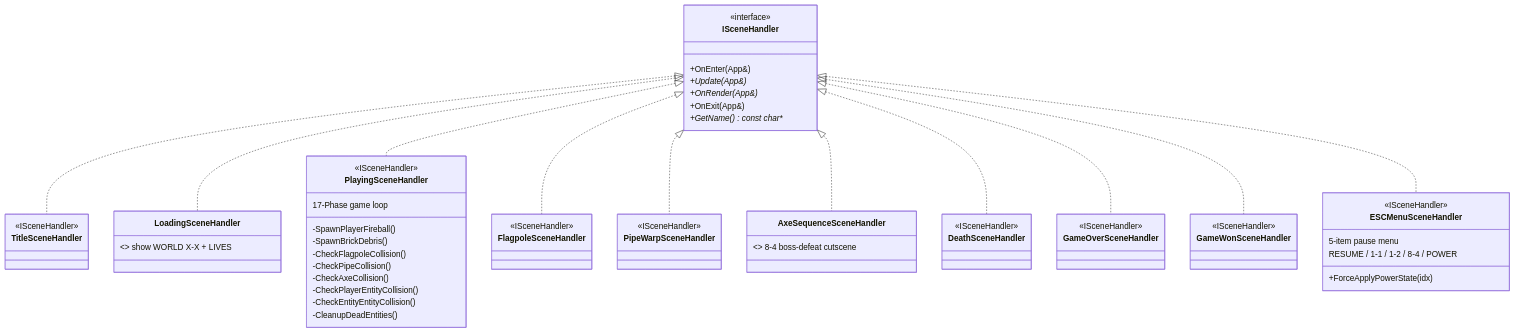
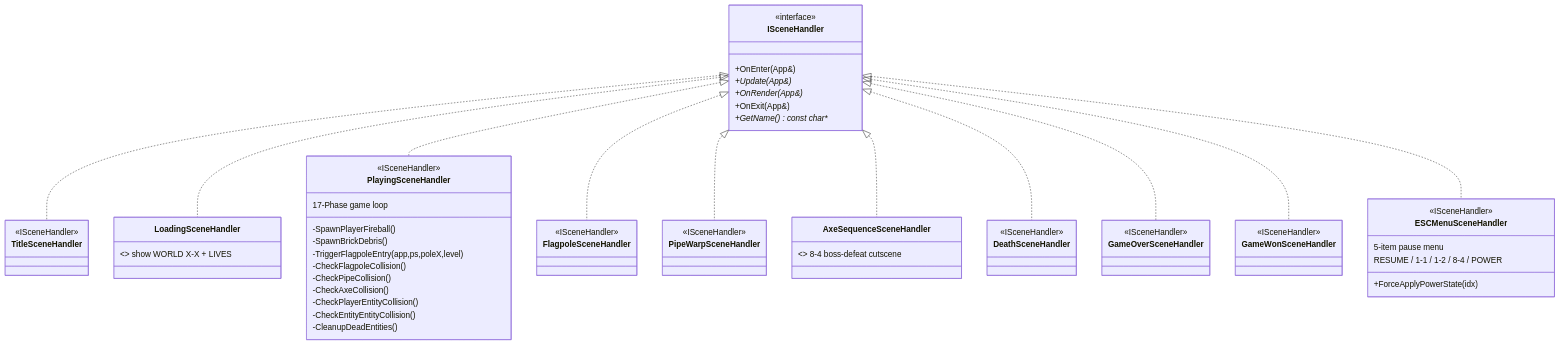
Before and after one commit to Andy87877/NTUT_OOPL_mario: the second of 23 diagrams in Constructure.md, drawn with Mermaid. The commit also changed other lines of this file and 24 other files, not shown here.

````diff
--- a/Constructure.md
+++ b/Constructure.md
@@ -162,51 +196,52 @@
 ```mermaid
 classDiagram
     direction TB
 
     class ISceneHandler {
         <<interface>>
         +OnEnter(App&)
         +Update(App&)*
         +OnRender(App&)*
         +OnExit(App&)
         +GetName() const char**
     }
 
     class TitleSceneHandler     { <<ISceneHandler>> }
     class LoadingSceneHandler   { <<ISceneHandler>> show WORLD X-X + LIVES }
     class PlayingSceneHandler {
         <<ISceneHandler>>
         17-Phase game loop
         -SpawnPlayerFireball()
         -SpawnBrickDebris()
+        -TriggerFlagpoleEntry(app,ps,poleX,level)
         -CheckFlagpoleCollision()
         -CheckPipeCollision()
         -CheckAxeCollision()
         -CheckPlayerEntityCollision()
         -CheckEntityEntityCollision()
         -CleanupDeadEntities()
     }
     class FlagpoleSceneHandler  { <<ISceneHandler>> }
     class PipeWarpSceneHandler  { <<ISceneHandler>> }
     class AxeSequenceSceneHandler { <<ISceneHandler>> 8-4 boss-defeat cutscene }
     class DeathSceneHandler     { <<ISceneHandler>> }
     class GameOverSceneHandler  { <<ISceneHandler>> }
     class GameWonSceneHandler   { <<ISceneHandler>> }
     class ESCMenuSceneHandler {
         <<ISceneHandler>>
         5-item pause menu
         RESUME / 1-1 / 1-2 / 8-4 / POWER
         +ForceApplyPowerState(idx)
     }
 
     ISceneHandler <|.. TitleSceneHandler
     ISceneHandler <|.. LoadingSceneHandler
     ISceneHandler <|.. PlayingSceneHandler
     ISceneHandler <|.. FlagpoleSceneHandler
     ISceneHandler <|.. PipeWarpSceneHandler
     ISceneHandler <|.. AxeSequenceSceneHandler
     ISceneHandler <|.. DeathSceneHandler
     ISceneHandler <|.. GameOverSceneHandler
     ISceneHandler <|.. GameWonSceneHandler
     ISceneHandler <|.. ESCMenuSceneHandler
 ```
````
